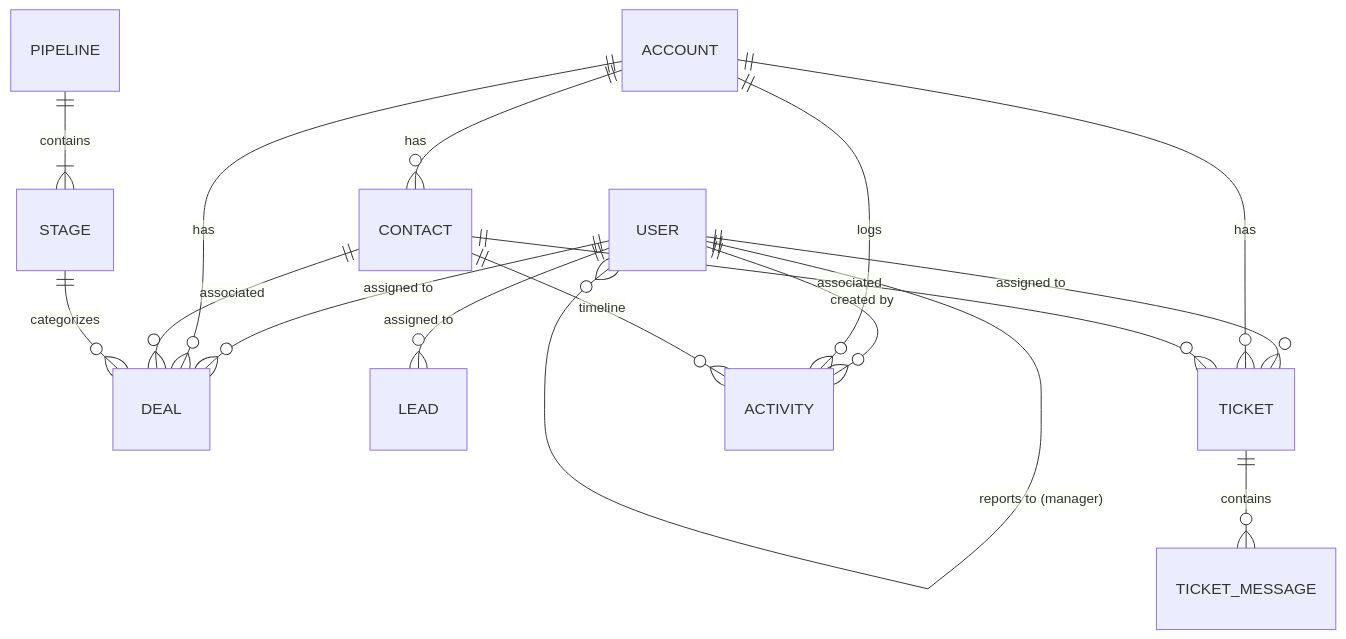
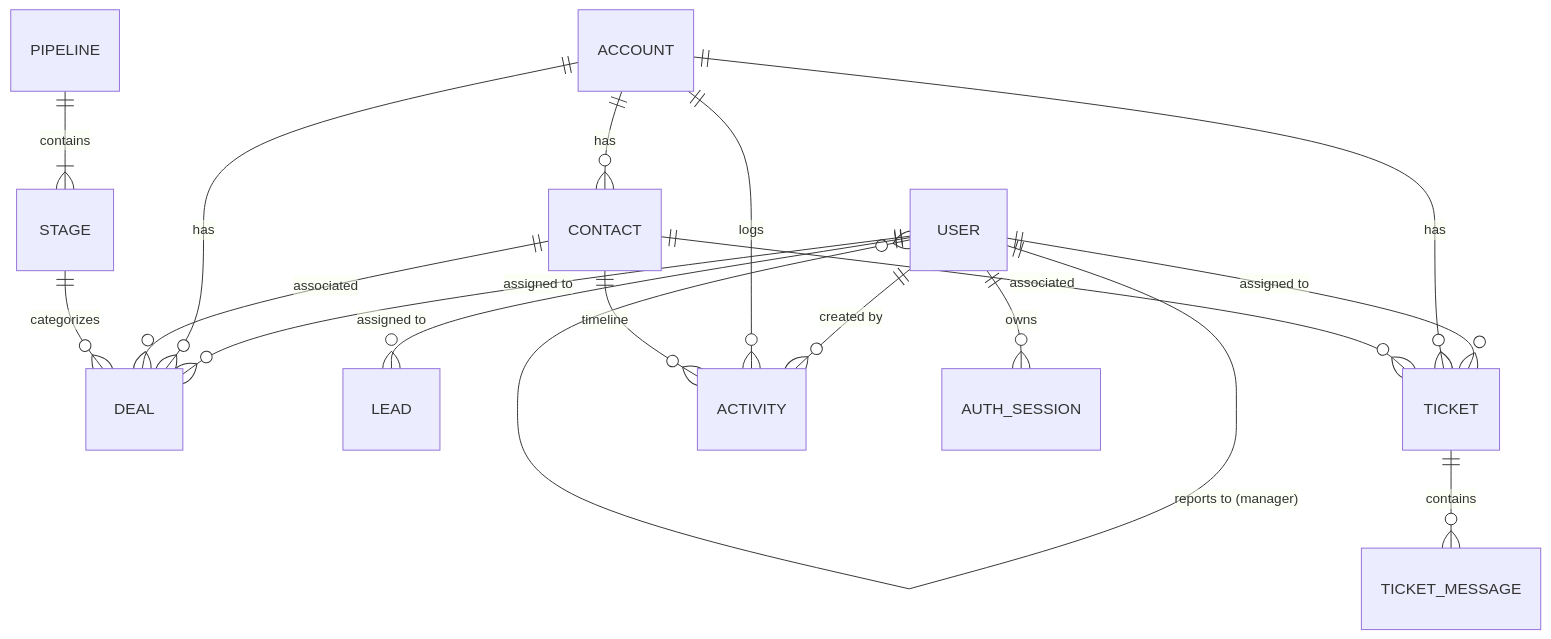
One commit to brianshih04/lightweight-crm changed the second of 2 diagrams in development_plan.md. Above: the diagram before and after it, drawn with Mermaid. The commit also changed other lines of this file and 8 other files, not shown here.

````diff
--- a/development_plan.md
+++ b/development_plan.md
@@ -66,22 +74,23 @@
 ```mermaid
 erDiagram
     USER ||--o{ USER : "reports to (manager)"
     USER ||--o{ DEAL : "assigned to"
     USER ||--o{ LEAD : "assigned to"
     USER ||--o{ TICKET : "assigned to"
     USER ||--o{ ACTIVITY : "created by"
+    USER ||--o{ AUTH_SESSION : "owns"
 
     ACCOUNT ||--o{ CONTACT : "has"
     ACCOUNT ||--o{ DEAL : "has"
     ACCOUNT ||--o{ TICKET : "has"
     ACCOUNT ||--o{ ACTIVITY : "logs"
 
     CONTACT ||--o{ DEAL : "associated"
     CONTACT ||--o{ TICKET : "associated"
     CONTACT ||--o{ ACTIVITY : "timeline"
 
     PIPELINE ||--|{ STAGE : "contains"
     STAGE ||--o{ DEAL : "categorizes"
 
     TICKET ||--o{ TICKET_MESSAGE : "contains"
 ```
````
